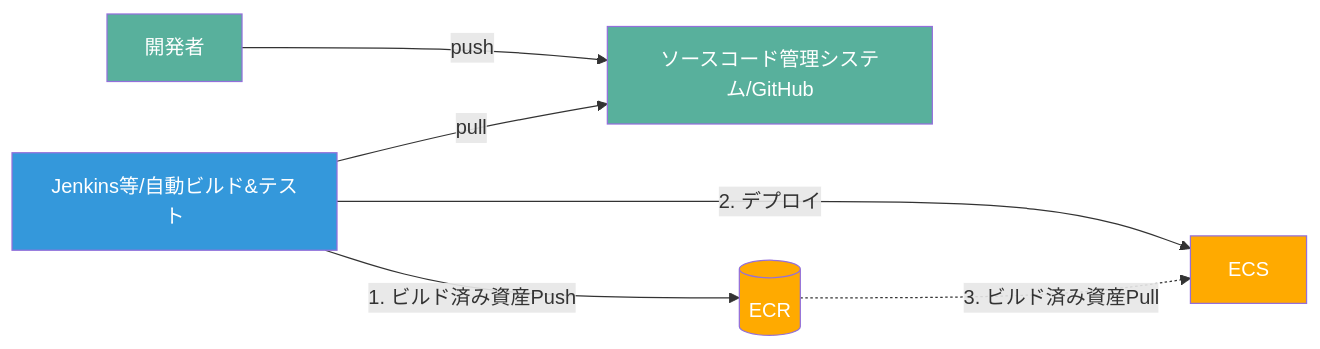
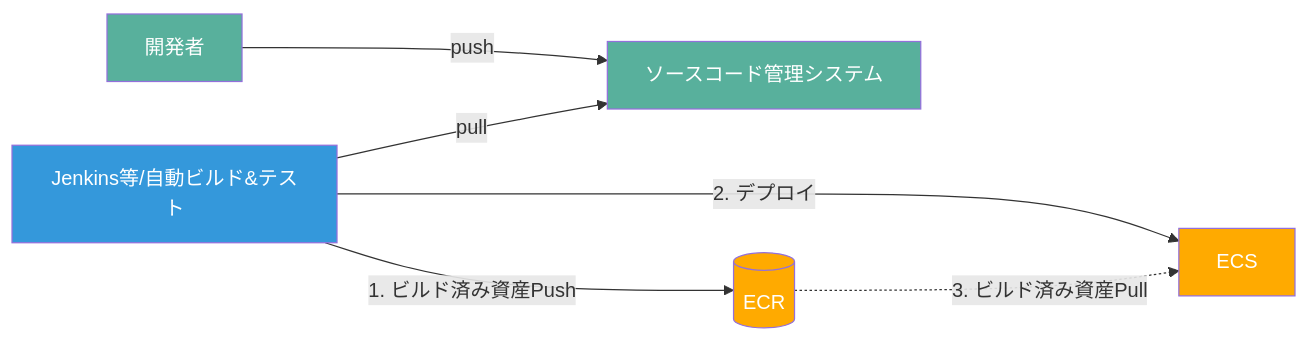
Before and after one commit to value-it/springboot-apps-template: the fifth of 5 diagrams in infrastructure/cloudformation/README.md, drawn with Mermaid.

Commit message:
#33 Githubに依存しないので図を手直し

````diff
--- a/infrastructure/cloudformation/README.md
+++ b/infrastructure/cloudformation/README.md
@@ -120,29 +120,29 @@
 ```mermaid
 flowchart LR
 %% Developer and GitHub
-  A[開発者] -->|push| B[ソースコード管理システム/GitHub]
+  A[開発者] -->|push| B[ソースコード管理システム]
   J[Jenkins等/自動ビルド&テスト] -->|pull| B
 
 %% CI: Build & Push in GitHub Actions
   J -->|1. ビルド済み資産Push| E[(ECR)]
 
 %% CD: Deploy via CodeDeploy to ECS
 
   J -->|2. デプロイ| G[ECS]
 
 %% ECS pulls image from ECR (dotted relation)
   E -.->|3. ビルド済み資産Pull| G
 
 %% Styles
   classDef dev fill:#58b09c,color:#fff;
   classDef git fill:#2aa198,color:#fff;
   classDef ci fill:#3498db,color:#fff;
   classDef cd fill:#e67e22,color:#fff;
   classDef infra fill:#ffAA00,color:#fff;
 
   class A,B dev;
   class J,D ci;
   class H cd;
   class E,G infra;
 
 ```
````
